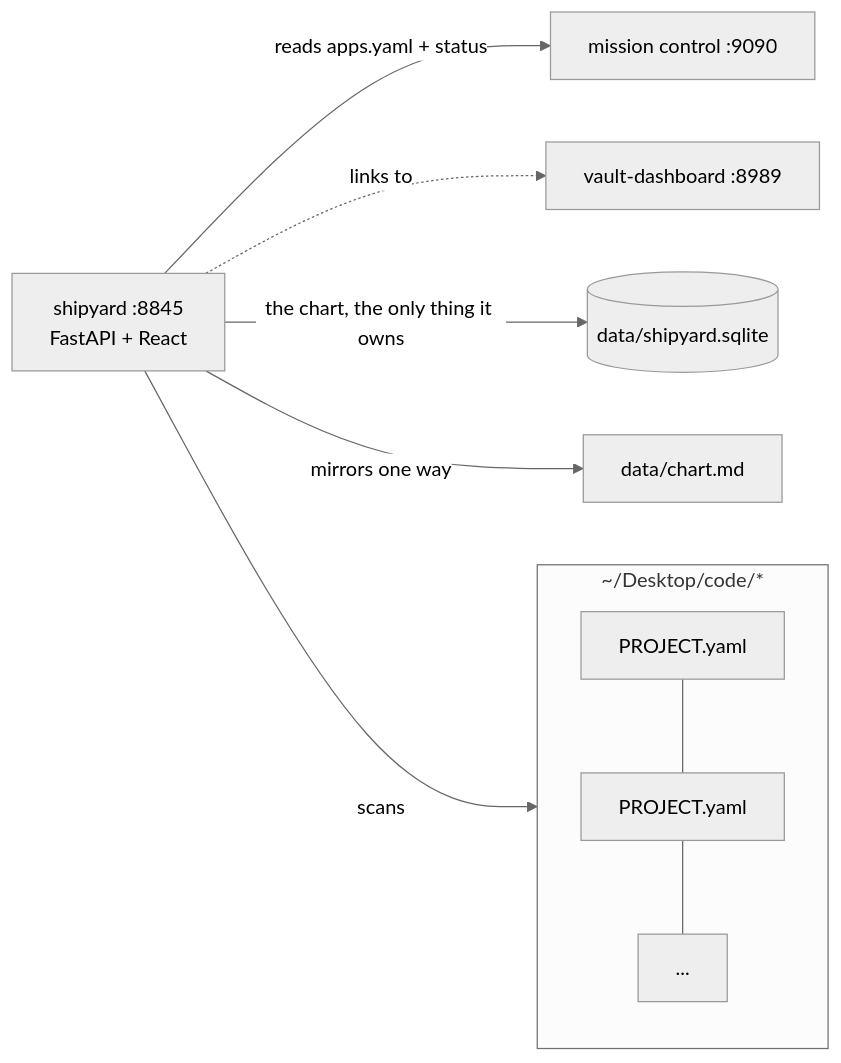
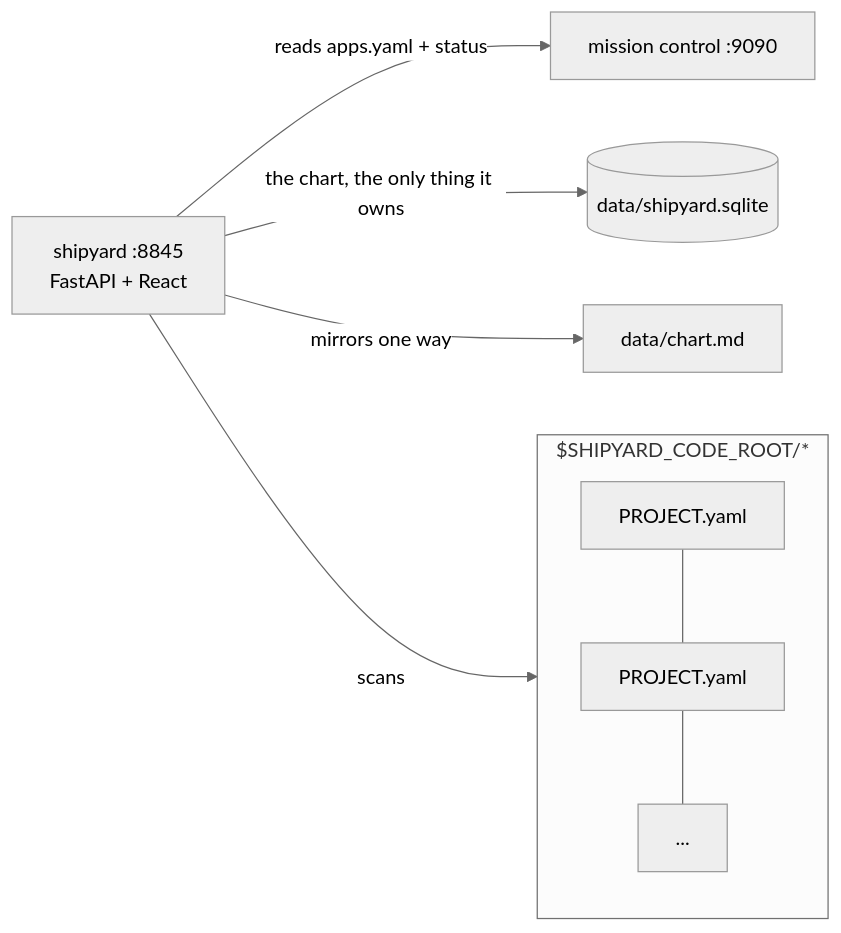
One commit to Aiden-Ferrante/shipyard-pbtr changed the diagram in README.md. Above: the diagram before and after it, drawn with Mermaid (neutral theme). The commit also changed other lines of this file, not shown here.

````diff
--- a/README.md
+++ b/README.md
@@ -64,11 +103,10 @@
 ```mermaid
 flowchart LR
-    subgraph repos["~/Desktop/code/*"]
+    subgraph repos["$SHIPYARD_CODE_ROOT/*"]
         M1[PROJECT.yaml] --- M2[PROJECT.yaml] --- M3[...]
     end
     S[shipyard :8845\nFastAPI + React] -->|scans| repos
     S -->|reads apps.yaml + status| MC[mission control :9090]
-    S -.->|links to| VD[vault-dashboard :8989]
     S -->|the chart, the only thing it owns| DB[(data/shipyard.sqlite)]
     S -->|mirrors one way| CM[data/chart.md]
 ```
````
